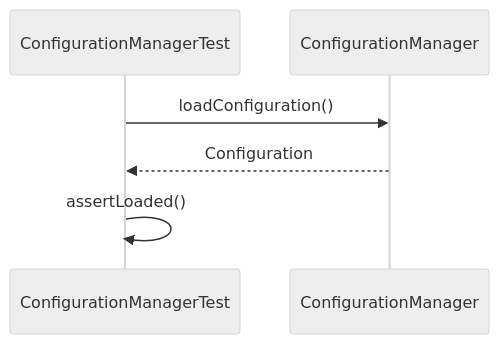
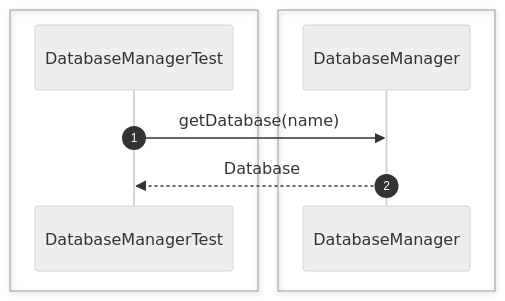
Diagram 16 of 52 in src/sequence/db-server.md (Huy1801214/dbms-architecture), drawn with Mermaid (neutral theme) before and after one commit. The commit also changed other lines of this file and 10 other files, not shown here.

Commit message:
add comprehensive sequence diagrams and documentation for system architecture and unit testing specifications

````diff
--- a/src/sequence/db-server.md
+++ b/src/sequence/db-server.md
@@ -125,10 +289,14 @@
 ```mermaid
 sequenceDiagram
-    participant Test as ConfigurationManagerTest
-    participant Config as ConfigurationManager
+    autonumber
 
-    Test->>Config: loadConfiguration()
-    Config-->>Test: Configuration
+    box #e1f5fe Test Suite
+    participant Test as DatabaseManagerTest
+    end
+    box #e3f2fd Server Managers
+    participant Manager as DatabaseManager
+    end
 
-    Test->>Test: assertLoaded()
+    Test->>Manager: getDatabase(name)
+    Manager-->>Test: Database
 ```
````
